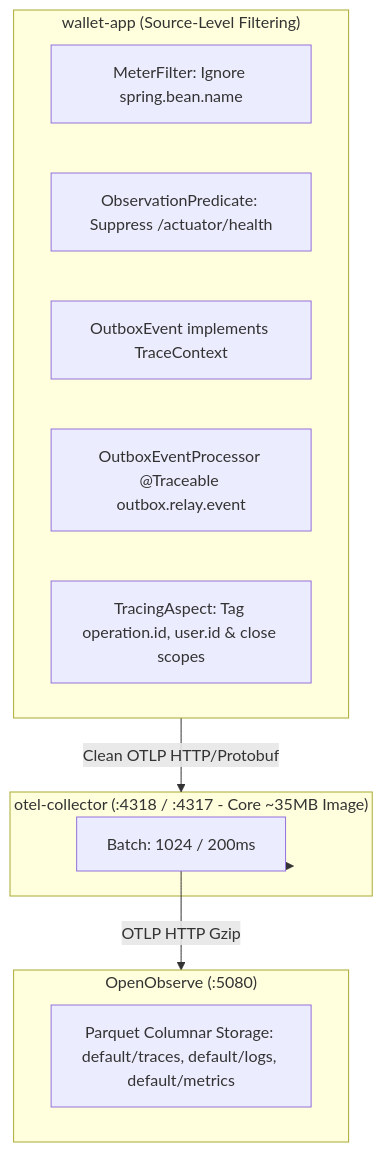
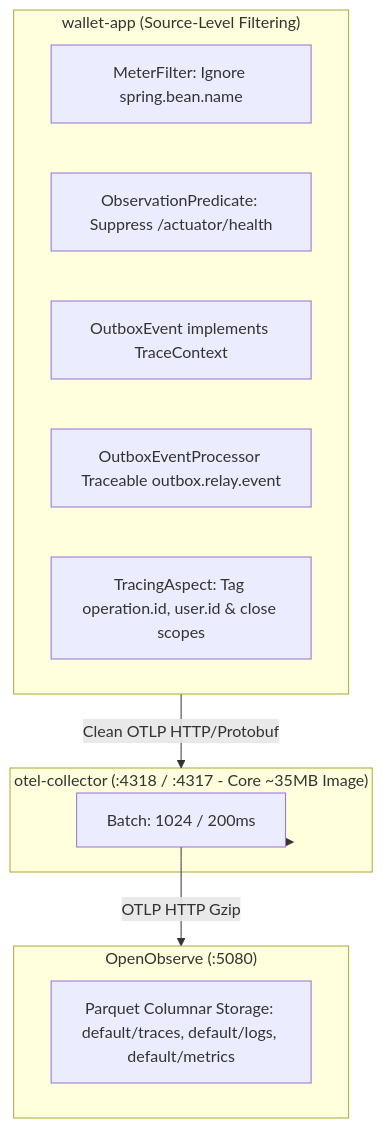
One commit to kyogoiano/wallet changed the diagram in .spec/plans/PLAN-000.4-observability-outbox-and-openobserve-optimization.md. Above: the diagram before and after it, drawn with Mermaid. The commit also changed 2 other files, not shown here.

Commit message:
sdd v2 updates

````diff
--- a/.spec/plans/PLAN-000.4-observability-outbox-and-openobserve-optimization.md
+++ b/.spec/plans/PLAN-000.4-observability-outbox-and-openobserve-optimization.md
@@ -14,22 +14,22 @@
 ```mermaid
 flowchart TD
     subgraph App ["wallet-app (Source-Level Filtering)"]
         MF[MeterFilter: Ignore spring.bean.name]
         OP[ObservationPredicate: Suppress /actuator/health]
         OE[OutboxEvent implements TraceContext]
-        OEP[OutboxEventProcessor @Traceable outbox.relay.event]
+        OEP[OutboxEventProcessor Traceable outbox.relay.event]
         TA[TracingAspect: Tag operation.id, user.id & close scopes]
     end
 
     subgraph Collector ["otel-collector (:4318 / :4317 - Core ~35MB Image)"]
         Batch[Batch: 1024 / 200ms]
     end
 
     subgraph Storage ["OpenObserve (:5080)"]
         OO[Parquet Columnar Storage: default/traces, default/logs, default/metrics]
     end
 
     App -->|Clean OTLP HTTP/Protobuf| Collector
     Collector --> Batch
     Batch -->|OTLP HTTP Gzip| Storage
 ```
````
